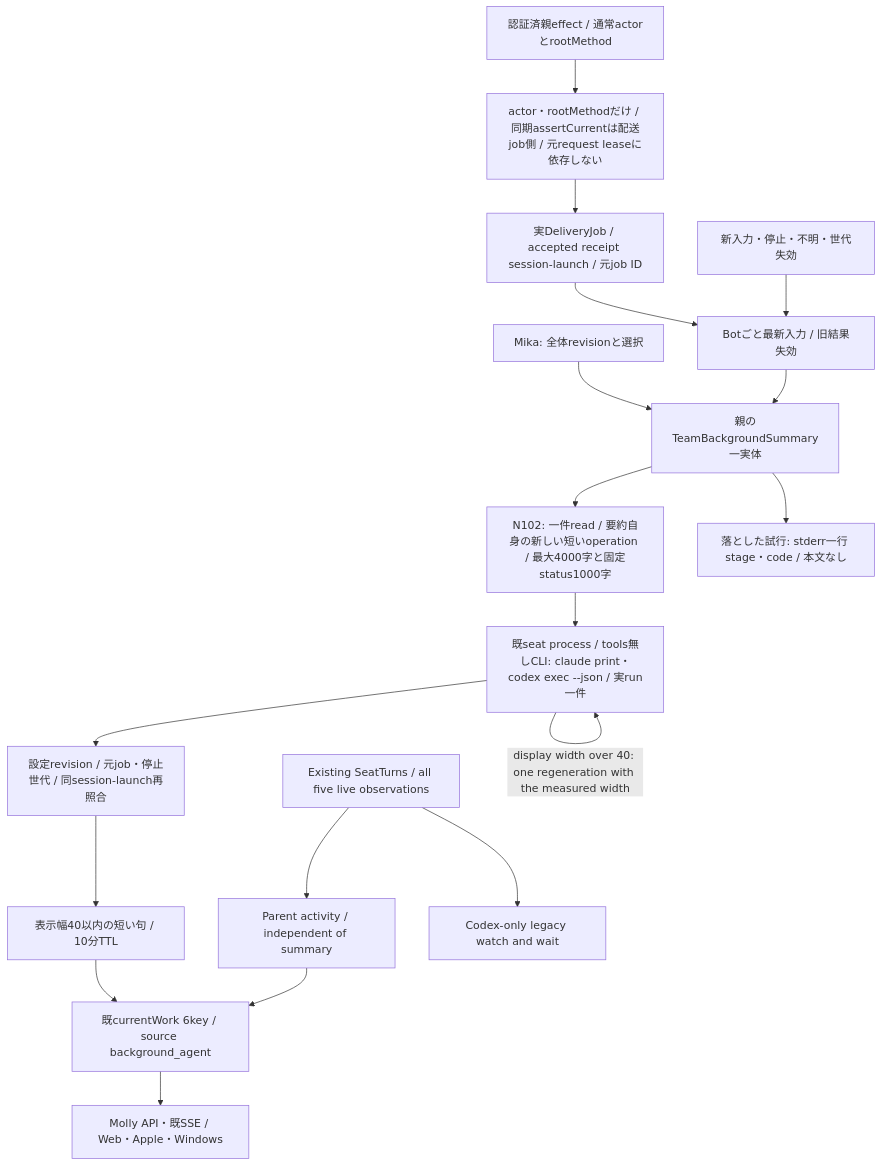
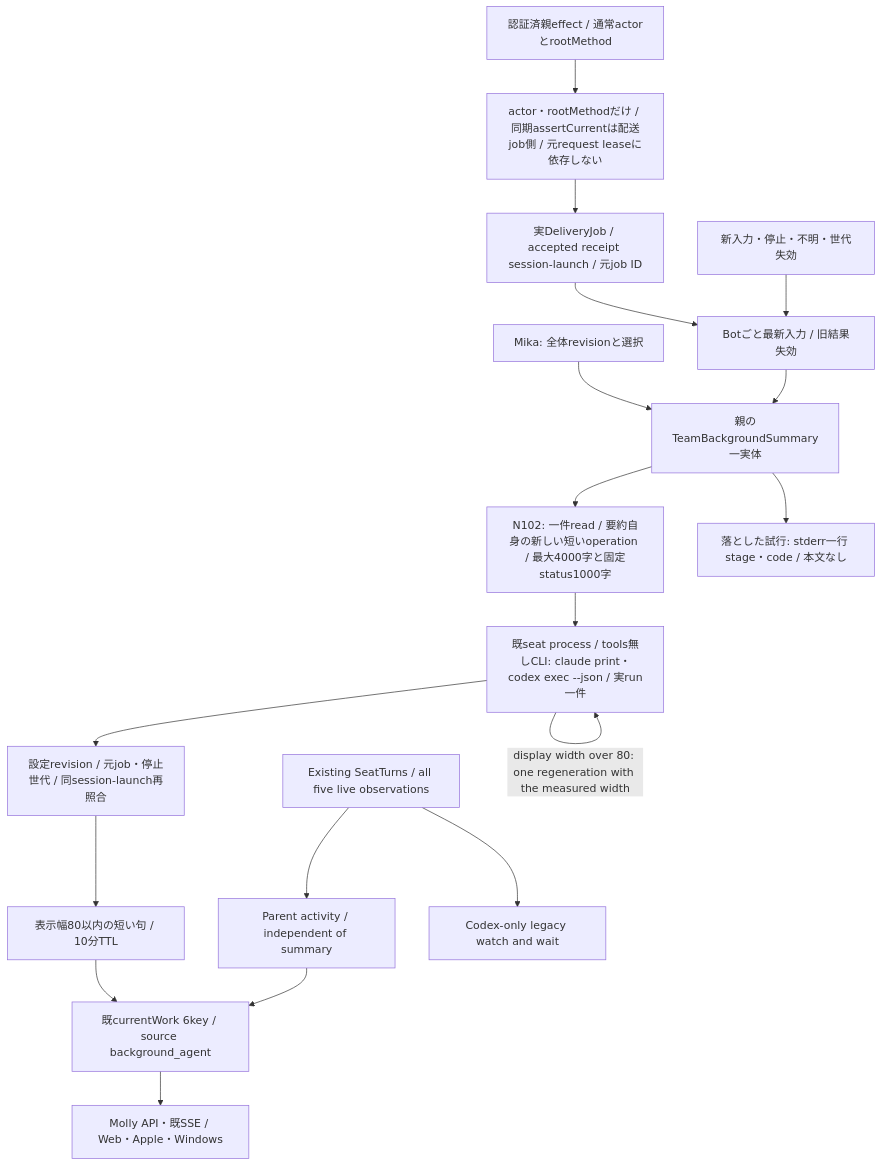
One commit to kitepon/BellTeam changed the first of 2 diagrams in docs/architecture/modules/execution/current-work.md. Above: the diagram before and after it, drawn with Mermaid. The commit also changed other lines of this file and 3 other files, not shown here.

````diff
--- a/docs/architecture/modules/execution/current-work.md
+++ b/docs/architecture/modules/execution/current-work.md
@@ -5,20 +5,20 @@
 ```mermaid
 flowchart TD
   Settings[Mika: 全体revisionと選択] --> Worker[親のTeamBackgroundSummary一実体]
   Effect[認証済親effect / 通常actorとrootMethod] --> Authority[actor・rootMethodだけ / 同期assertCurrentは配送job側 / 元request leaseに依存しない]
   Authority --> Job[実DeliveryJob / accepted receipt session-launch / 元job ID]
   Job --> Latest[Botごと最新入力 / 旧結果失効]
   Latest --> Worker
   Worker --> Reader[N102: 一件read / 要約自身の新しい短いoperation / 最大4000字と固定status1000字]
   Reader --> Runner[既seat process / tools無しCLI: claude print・codex exec --json / 実run一件]
   Runner --> Check[設定revision / 元job・停止世代 / 同session-launch再照合]
-  Runner -->|"display width over 40: one regeneration with the measured width"| Runner
-  Check --> Memory[表示幅40以内の短い句 / 10分TTL]
+  Runner -->|"display width over 80: one regeneration with the measured width"| Runner
+  Check --> Memory[表示幅80以内の短い句 / 10分TTL]
   Worker --> Drop[落とした試行: stderr一行 stage・code / 本文なし]
   Native[Existing SeatTurns / all five live observations] --> State[Parent activity / independent of summary]
   Native --> Legacy[Codex-only legacy watch and wait]
   Memory --> DTO[既currentWork 6key / source background_agent]
   State --> DTO
   DTO --> Public[Molly API・既SSE / Web・Apple・Windows]
   End[新入力・停止・不明・世代失効] --> Latest
 ```
````
